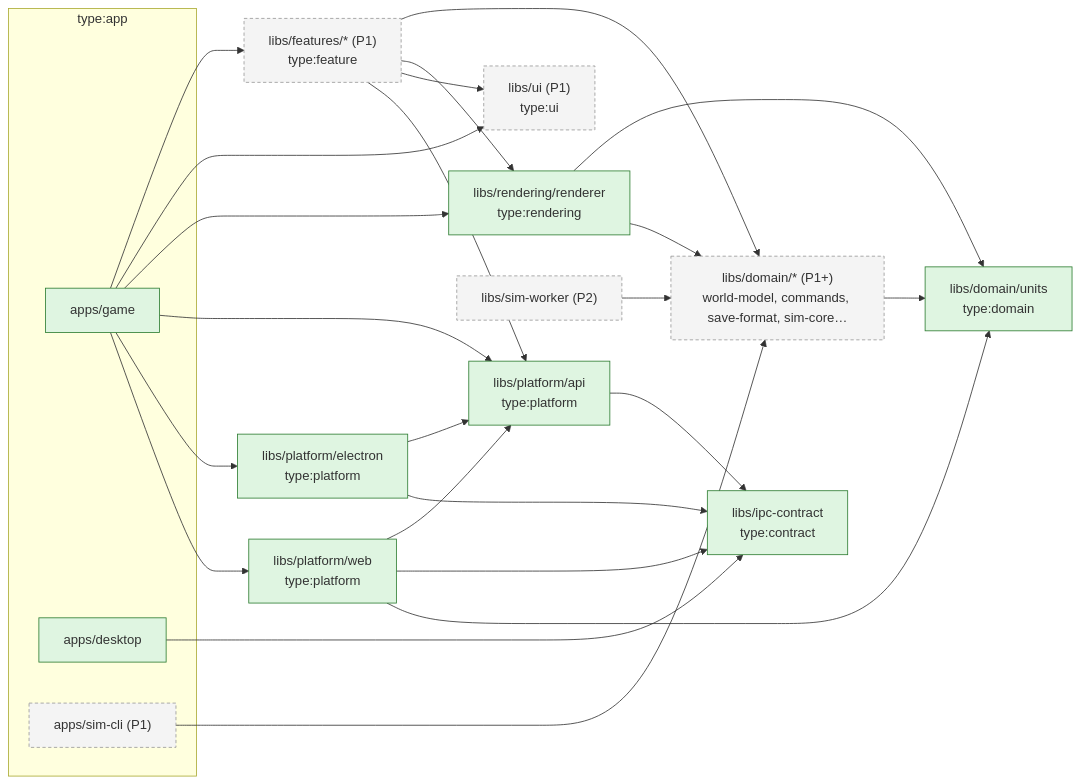
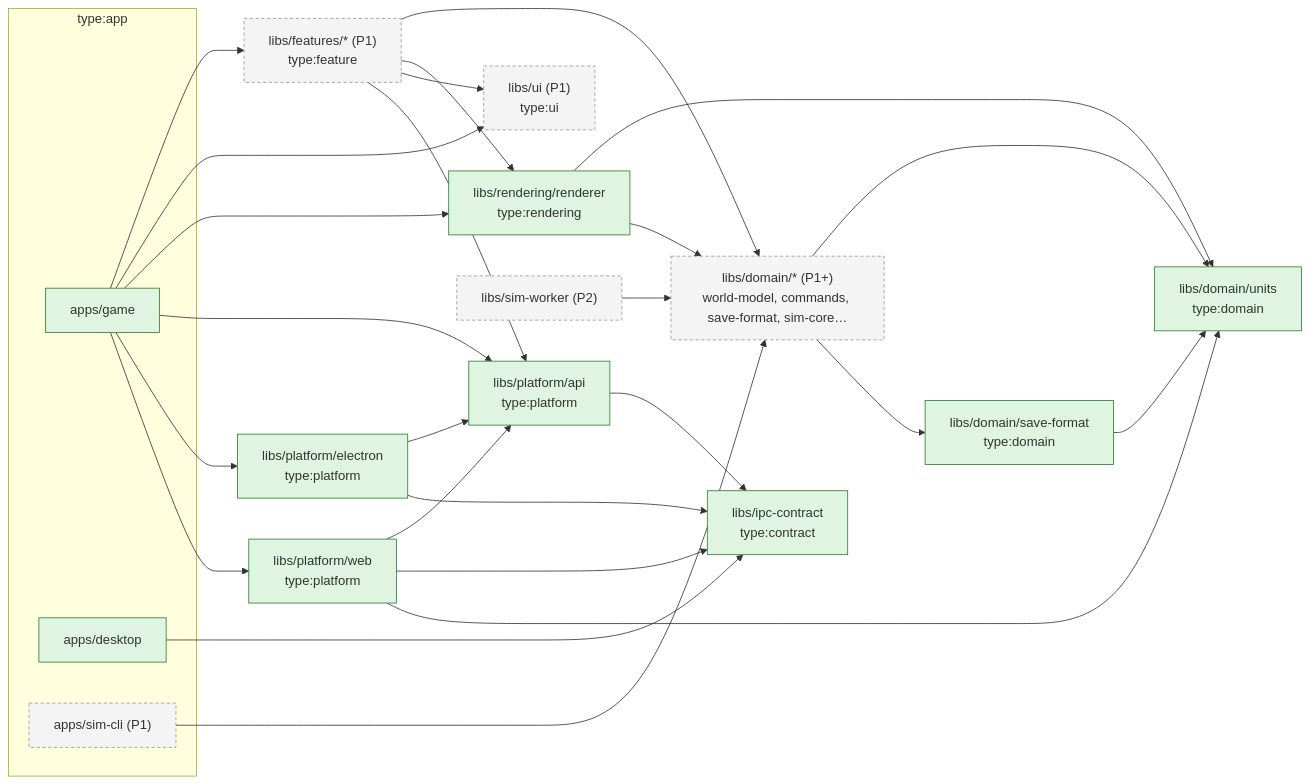
The second of 3 diagrams in docs/architecture/overview.md (joebarbere/controls), drawn with Mermaid before and after one commit. The commit also changed other lines of this file and 48 other files, not shown here.

First line of the commit message:
feat(save-format): world document v1 schemas and migrations (F1.8a) (#3)

````diff
--- a/docs/architecture/overview.md
+++ b/docs/architecture/overview.md
@@ -55,33 +57,36 @@
 ```mermaid
 flowchart LR
     classDef p0 fill:#dff5e1,stroke:#2e7d32;
     classDef later fill:#f4f4f4,stroke:#999,stroke-dasharray: 4 3;
 
     subgraph apps["type:app"]
         GAME["apps/game"]:::p0
         DESK["apps/desktop"]:::p0
         SIMCLI["apps/sim-cli (P1)"]:::later
     end
 
     FEAT["libs/features/* (P1)<br/>type:feature"]:::later
     UI["libs/ui (P1)<br/>type:ui"]:::later
     REND["libs/rendering/renderer<br/>type:rendering"]:::p0
     PAPI["libs/platform/api<br/>type:platform"]:::p0
     PEL["libs/platform/electron<br/>type:platform"]:::p0
     PWEB["libs/platform/web<br/>type:platform"]:::p0
     IPC["libs/ipc-contract<br/>type:contract"]:::p0
     UNITS["libs/domain/units<br/>type:domain"]:::p0
+    SF["libs/domain/save-format<br/>type:domain"]:::p0
     DOM["libs/domain/* (P1+)<br/>world-model, commands, save-format, sim-core…"]:::later
     WORKER["libs/sim-worker (P2)"]:::later
 
     GAME --> FEAT & UI & REND & PAPI & PEL & PWEB
     DESK --> IPC
     SIMCLI --> DOM
     FEAT --> DOM & REND & UI & PAPI
     REND --> UNITS & DOM
     PAPI --> IPC
     PEL --> PAPI & IPC
     PWEB --> PAPI & IPC & UNITS
     WORKER --> DOM
     DOM --> UNITS
+    SF --> UNITS
+    DOM --> SF
 ```
````
